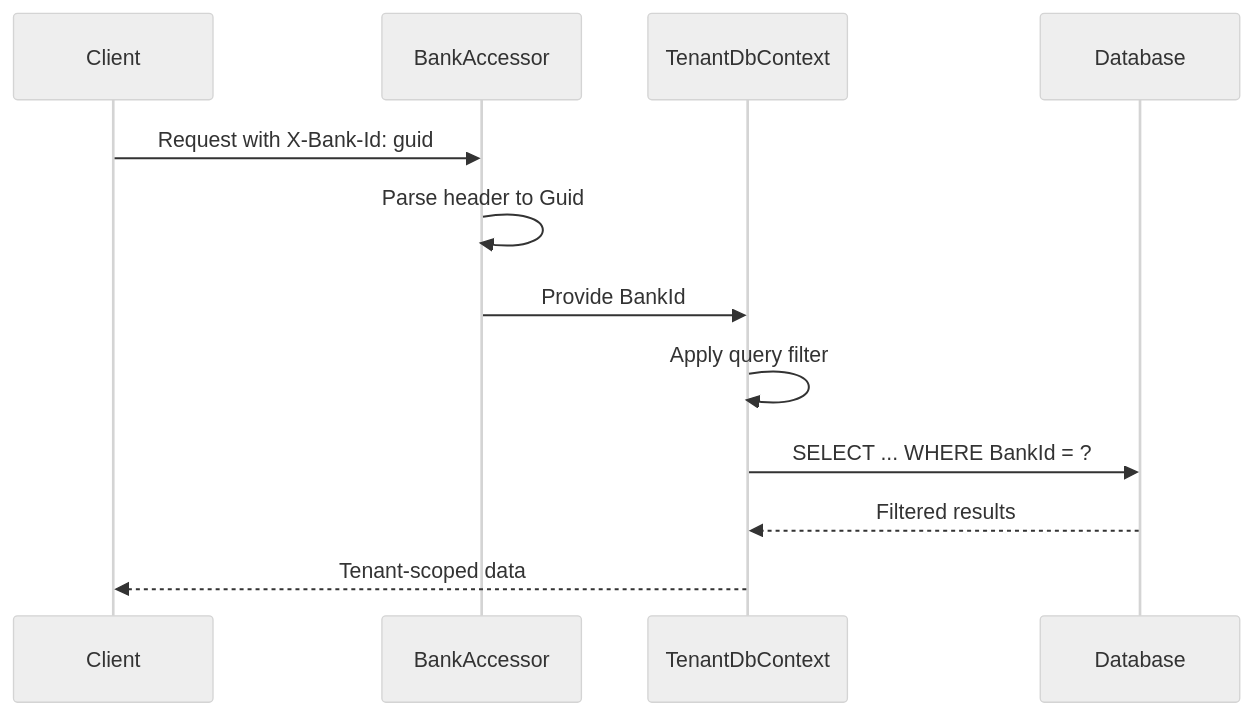
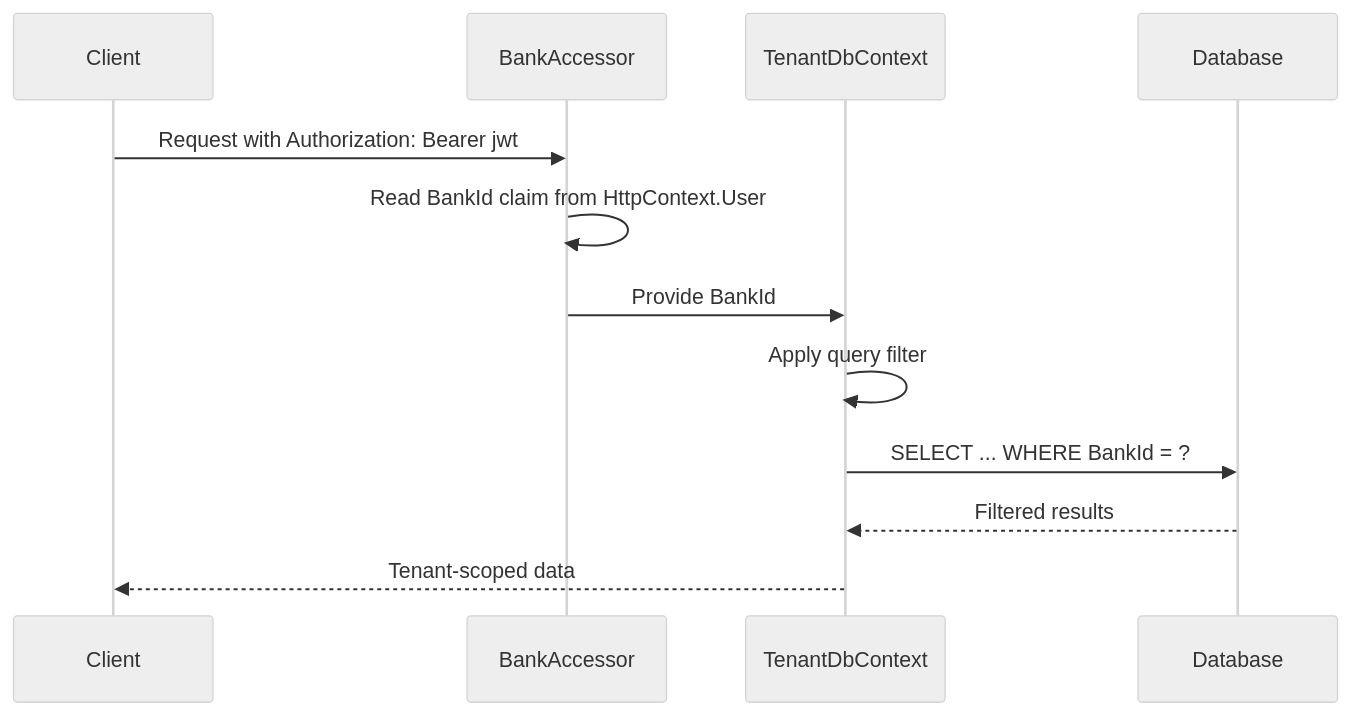
The third of 6 diagrams in README.md (SjoenH/efcore-multitenant-dual-dbcontext-demo), drawn with Mermaid (neutral theme) before and after one commit. The commit also changed other lines of this file and 2 other files, not shown here.

First line of the commit message:
refactor: resolve bank from JWT claim, remove X-Bank-Id header

````diff
--- a/README.md
+++ b/README.md
@@ -99,15 +98,15 @@
 ```mermaid
 sequenceDiagram
     participant C as Client
     participant BA as BankAccessor
     participant TDB as TenantDbContext
     participant DB as Database
 
-    C->>BA: Request with X-Bank-Id: guid
-    BA->>BA: Parse header to Guid
+    C->>BA: Request with Authorization: Bearer jwt
+    BA->>BA: Read BankId claim from HttpContext.User
     BA->>TDB: Provide BankId
     TDB->>TDB: Apply query filter
     TDB->>DB: SELECT ... WHERE BankId = ?
     DB-->>TDB: Filtered results
     TDB-->>C: Tenant-scoped data
 ```
````
